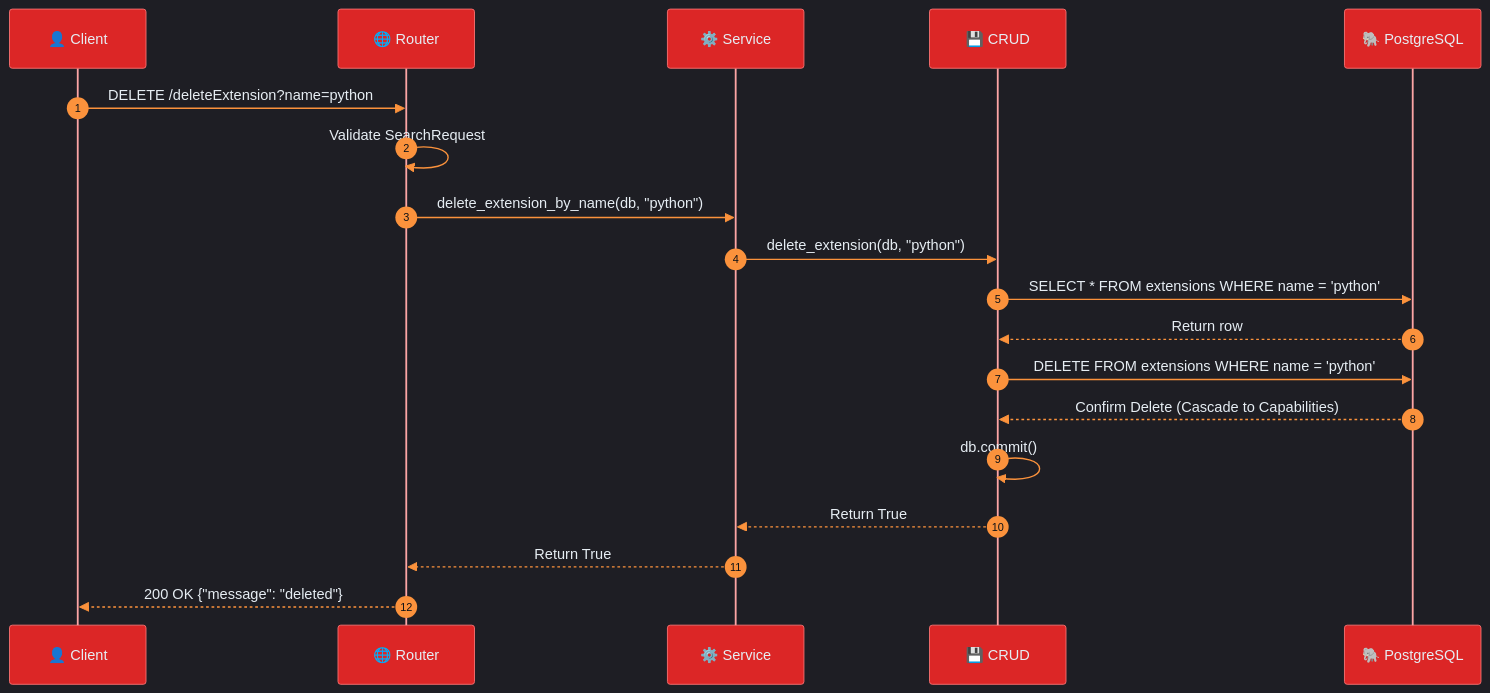
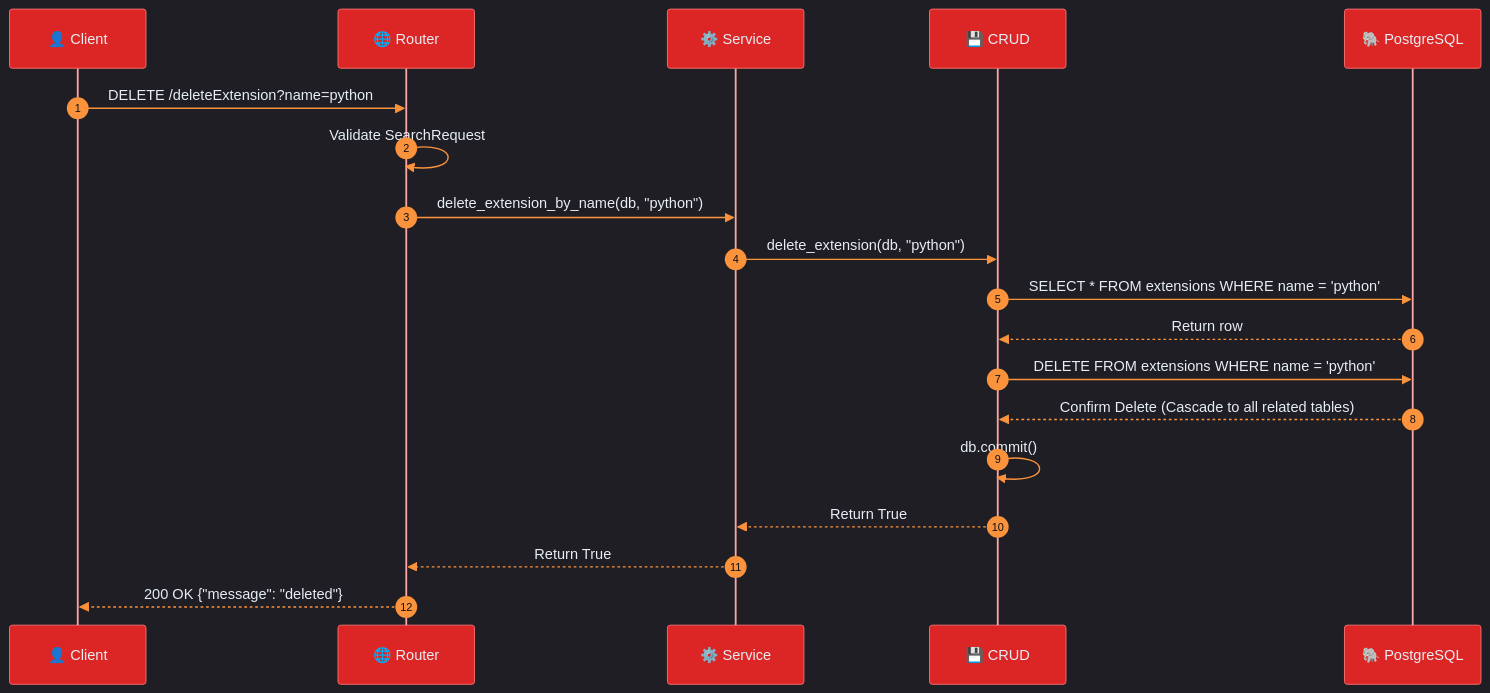
The seventh of 14 diagrams in documents/ARCHITECTURE.md (Ekremunalytu/automation_enviroment), drawn with Mermaid before and after one commit. The commit also changed other lines of this file and 9 other files, not shown here.

````diff
--- a/documents/ARCHITECTURE.md
+++ b/documents/ARCHITECTURE.md
@@ -389,25 +394,25 @@
 ```mermaid
 %%{init: {'theme': 'dark', 'themeVariables': { 'background': '#0d1117', 'primaryColor': '#ef4444', 'primaryTextColor': '#e6edf3', 'actorTextColor': '#e6edf3', 'actorBkg': '#dc2626', 'actorBorder': '#f87171', 'actorLineColor': '#fca5a5', 'signalColor': '#fb923c', 'signalTextColor': '#e6edf3', 'sequenceNumberColor': '#0d1117', 'noteBkgColor': '#b45309', 'noteTextColor': '#e6edf3', 'noteBorderColor': '#fbbf24', 'activationBkgColor': '#c2410c', 'activationBorderColor': '#fb923c', 'labelBoxBkgColor': '#161b22'}}}%%
 sequenceDiagram
     autonumber
     participant C as 👤 Client
     participant R as 🌐 Router
     participant S as ⚙️ Service
     participant CR as 💾 CRUD
     participant DB as 🐘 PostgreSQL
 
     C->>R: DELETE /deleteExtension?name=python
     R->>R: Validate SearchRequest
     R->>S: delete_extension_by_name(db, "python")
 
     S->>CR: delete_extension(db, "python")
     CR->>DB: SELECT * FROM extensions WHERE name = 'python'
     DB-->>CR: Return row
     CR->>DB: DELETE FROM extensions WHERE name = 'python'
-    DB-->>CR: Confirm Delete (Cascade to Capabilities)
+    DB-->>CR: Confirm Delete (Cascade to all related tables)
     CR->>CR: db.commit()
     CR-->>S: Return True
 
     S-->>R: Return True
     R-->>C: 200 OK {"message": "deleted"}
 ```
````
